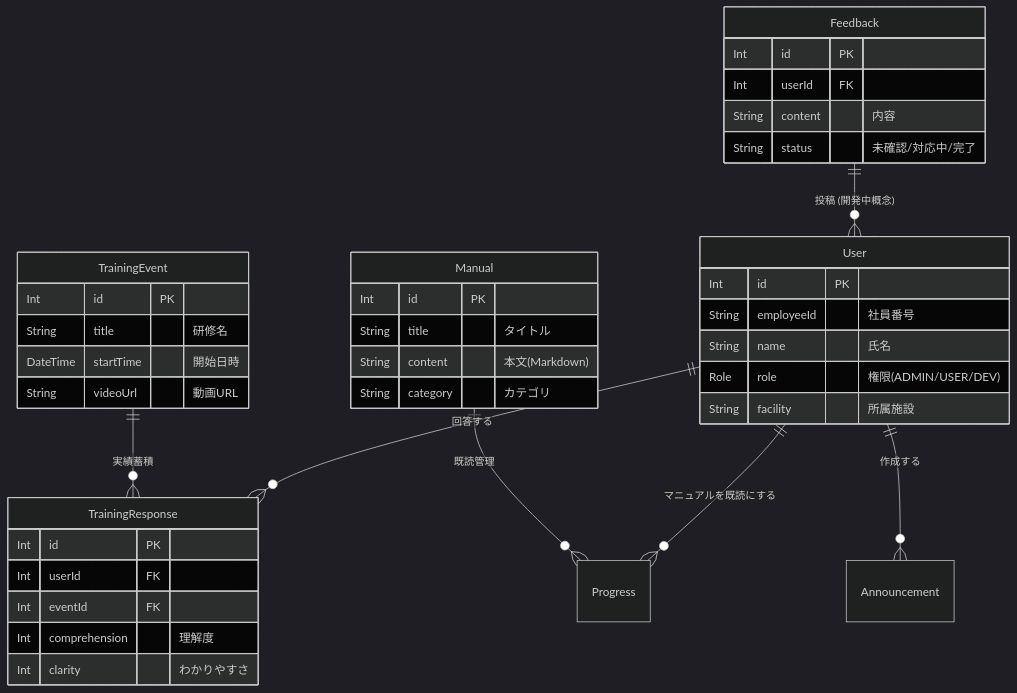
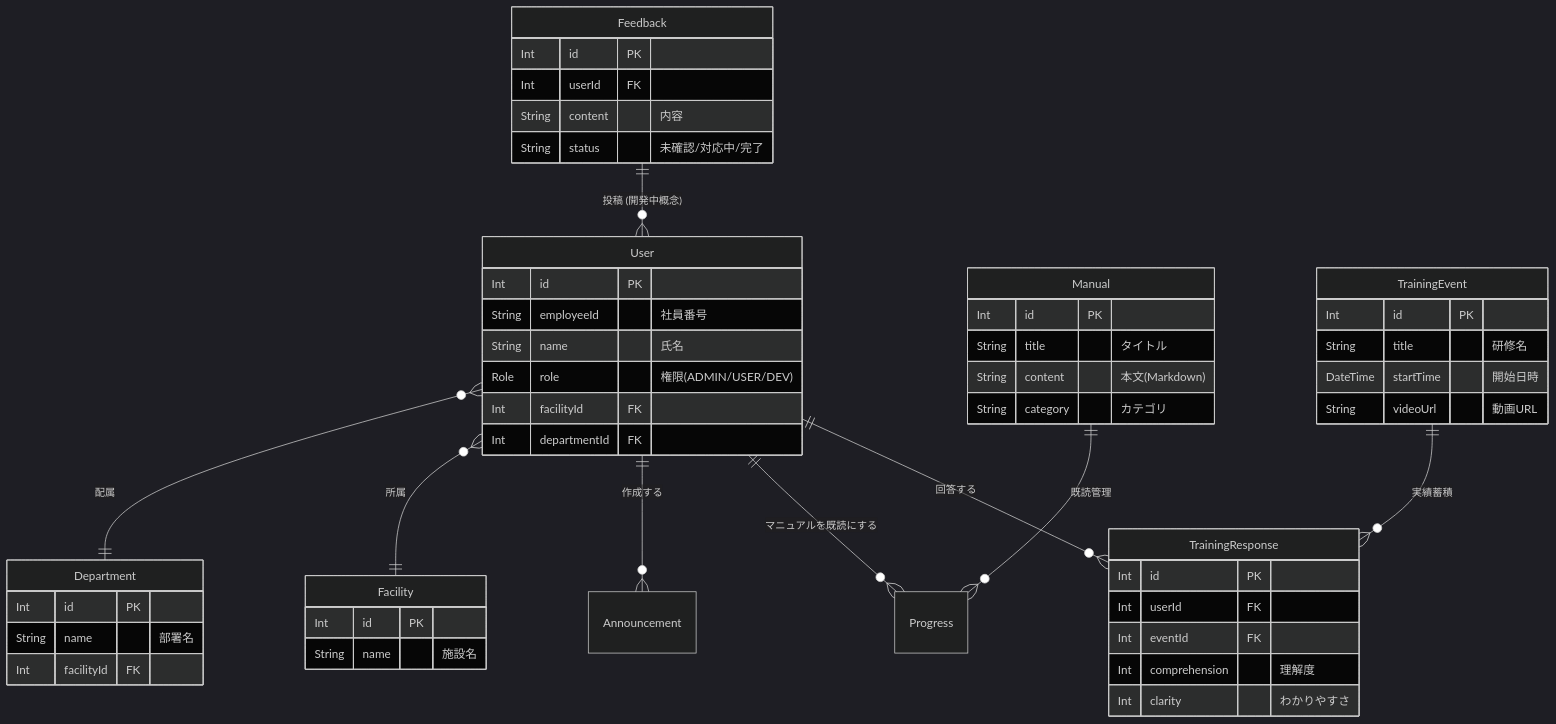
One commit to YukihitoTomojiri/medical-wiki-serverless changed the second of 2 diagrams in README.md. Above: the diagram before and after it, drawn with Mermaid (dark theme). The commit also changed 24 other files, not shown here.

Commit message:
refactor: normalize database schema and introduce service layer

````diff
--- a/README.md
+++ b/README.md
@@ -74,49 +74,64 @@
 ```mermaid
 erDiagram
     User ||--o{ TrainingResponse : "回答する"
     User ||--o{ Progress : "マニュアルを既読にする"
     User ||--o{ Announcement : "作成する"
     
     Manual ||--o{ Progress : "既読管理"
     
     TrainingEvent ||--o{ TrainingResponse : "実績蓄積"
     
     Feedback ||--o{ User : "投稿 (開発中概念)"
     
+    User }o--|| Facility : "所属"
+    User }o--|| Department : "配属"
+    
     User {
         Int id PK
         String employeeId "社員番号"
         String name "氏名"
         Role role "権限(ADMIN/USER/DEV)"
-        String facility "所属施設"
+        Int facilityId FK
+        Int departmentId FK
+    }
+
+    Facility {
+        Int id PK
+        String name "施設名"
+    }
+
+    Department {
+        Int id PK
+        String name "部署名"
+        Int facilityId FK
     }
     
     Manual {
         Int id PK
         String title "タイトル"
         String content "本文(Markdown)"
         String category "カテゴリ"
     }
     
     TrainingEvent {
         Int id PK
         String title "研修名"
         DateTime startTime "開始日時"
         String videoUrl "動画URL"
     }
 
     TrainingResponse {
         Int id PK
         Int userId FK
         Int eventId FK
         Int comprehension "理解度"
         Int clarity "わかりやすさ"
     }
     
     Feedback {
         Int id PK
         Int userId FK
         String content "内容"
         String status "未確認/対応中/完了"
     }
 ```
````
